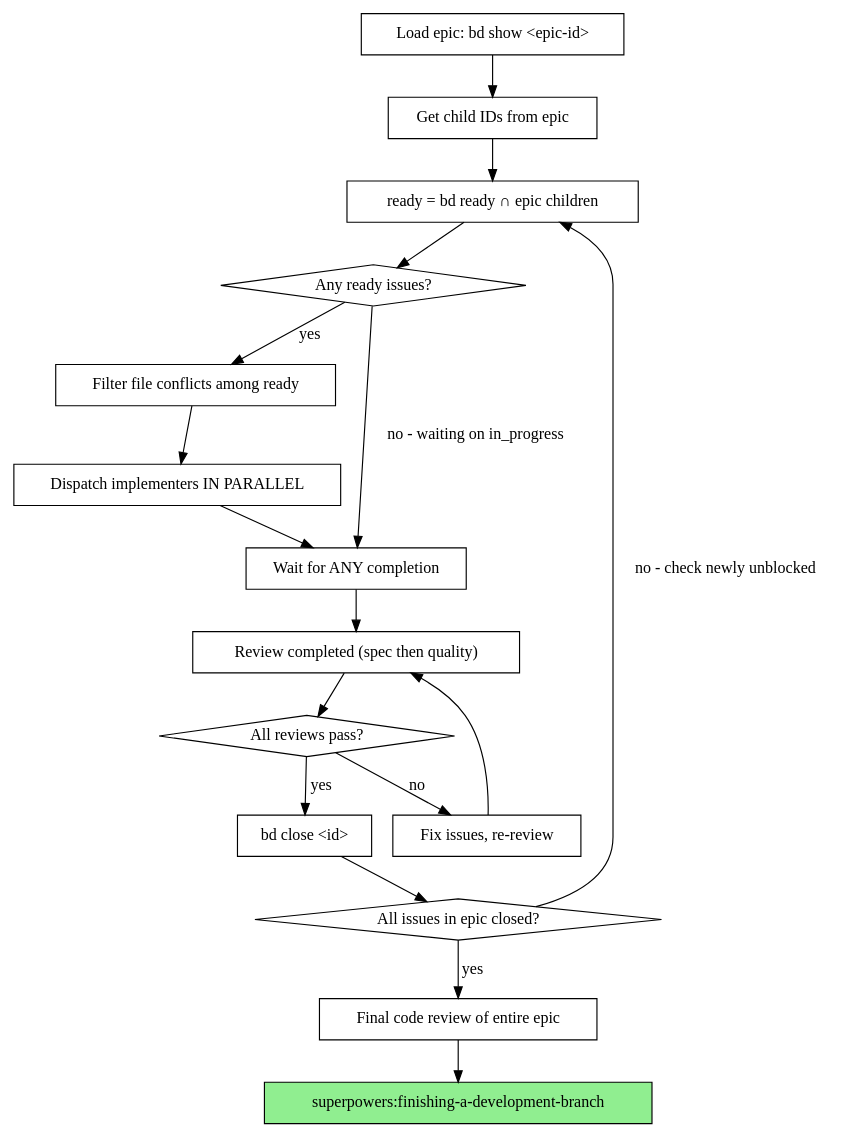
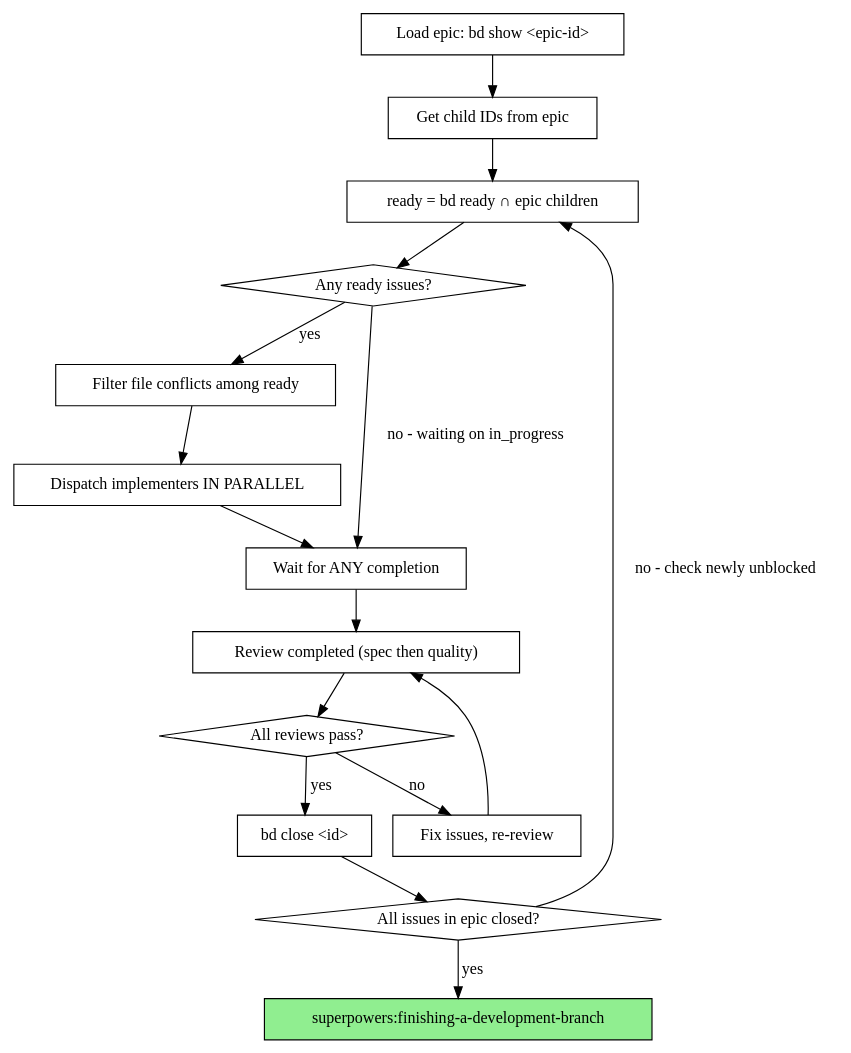
One commit to schlenks/superpowers changed the second of 2 diagrams in skills/subagent-driven-development/SKILL.md. Above: the diagram before and after it, drawn with Graphviz.

Commit message:
fix(subagent-driven-development): remove redundant code review node from flow
Code review is now a verification task handled by the normal dispatch
loop, so the separate "Final code review of entire epic" node is no
longer needed. The flow now goes directly to finishing-a-development-branch
when all issues in the epic are closed.

````diff
--- a/skills/subagent-driven-development/SKILL.md
+++ b/skills/subagent-driven-development/SKILL.md
@@ -53,37 +53,35 @@
 ```dot
 digraph process {
     rankdir=TB;
 
     "Load epic: bd show <epic-id>" [shape=box];
     "Get child IDs from epic" [shape=box];
     "ready = bd ready ∩ epic children" [shape=box];
     "Any ready issues?" [shape=diamond];
     "Filter file conflicts among ready" [shape=box];
     "Dispatch implementers IN PARALLEL" [shape=box];
     "Wait for ANY completion" [shape=box];
     "Review completed (spec then quality)" [shape=box];
     "All reviews pass?" [shape=diamond];
     "bd close <id>" [shape=box];
     "Fix issues, re-review" [shape=box];
     "All issues in epic closed?" [shape=diamond];
-    "Final code review of entire epic" [shape=box];
     "superpowers:finishing-a-development-branch" [shape=box style=filled fillcolor=lightgreen];
 
     "Load epic: bd show <epic-id>" -> "Get child IDs from epic";
     "Get child IDs from epic" -> "ready = bd ready ∩ epic children";
     "ready = bd ready ∩ epic children" -> "Any ready issues?";
     "Any ready issues?" -> "Filter file conflicts among ready" [label="yes"];
     "Any ready issues?" -> "Wait for ANY completion" [label="no - waiting on in_progress"];
     "Filter file conflicts among ready" -> "Dispatch implementers IN PARALLEL";
     "Dispatch implementers IN PARALLEL" -> "Wait for ANY completion";
     "Wait for ANY completion" -> "Review completed (spec then quality)";
     "Review completed (spec then quality)" -> "All reviews pass?";
     "All reviews pass?" -> "bd close <id>" [label="yes"];
     "All reviews pass?" -> "Fix issues, re-review" [label="no"];
     "Fix issues, re-review" -> "Review completed (spec then quality)";
     "bd close <id>" -> "All issues in epic closed?";
     "All issues in epic closed?" -> "ready = bd ready ∩ epic children" [label="no - check newly unblocked"];
-    "All issues in epic closed?" -> "Final code review of entire epic" [label="yes"];
-    "Final code review of entire epic" -> "superpowers:finishing-a-development-branch";
+    "All issues in epic closed?" -> "superpowers:finishing-a-development-branch" [label="yes"];
 }
 ```
````
